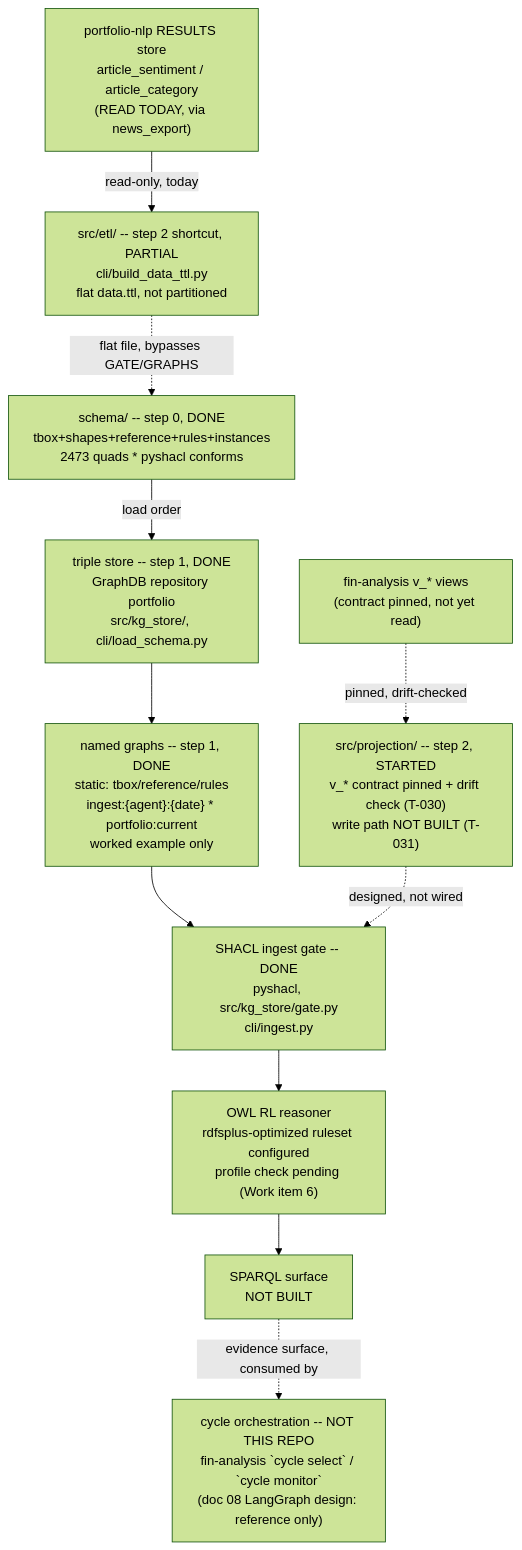
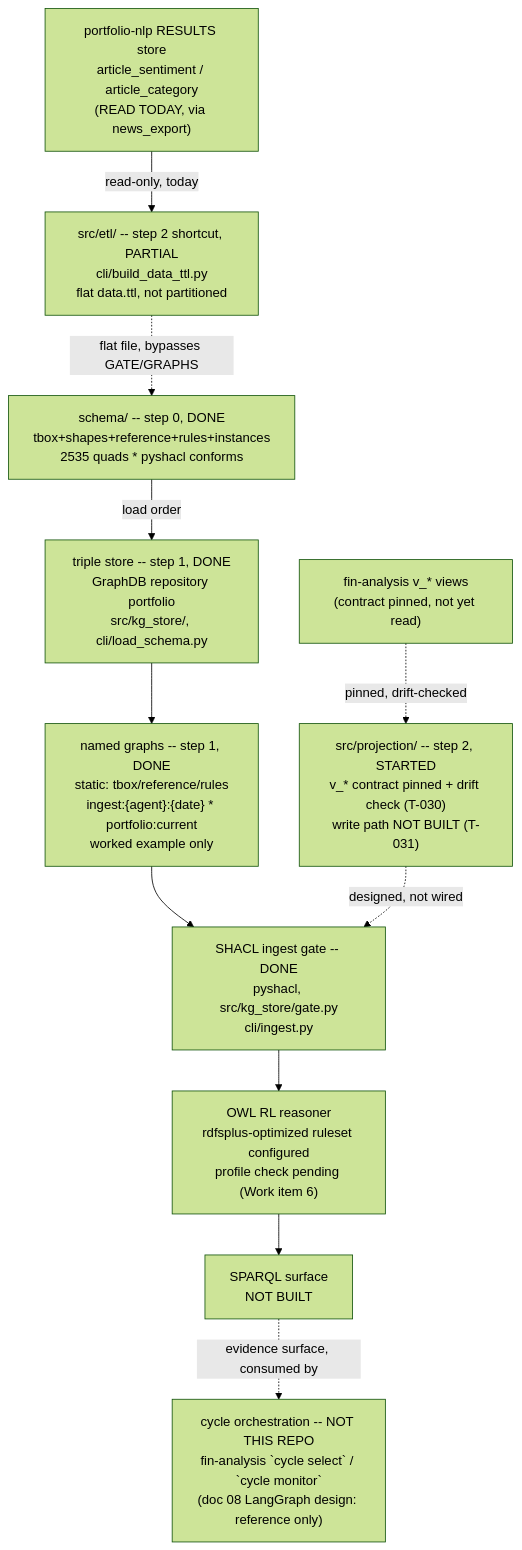
The diagram in .specify/memory/SPEC.md (gamug/portfolio-knowledge-graph), drawn with Mermaid (forest theme) before and after one commit. The commit also changed other lines of this file and 7 other files, not shown here.

First line of the commit message:
feat(schema): model a weight scheme as one upstream cycle_run (T-121)

````diff
--- a/.specify/memory/SPEC.md
+++ b/.specify/memory/SPEC.md
@@ -484,22 +484,22 @@
 ```mermaid
 flowchart TB
-    SCHEMA["schema/ -- step 0, DONE<br/>tbox+shapes+reference+rules+instances<br/>2473 quads * pyshacl conforms"]
+    SCHEMA["schema/ -- step 0, DONE<br/>tbox+shapes+reference+rules+instances<br/>2535 quads * pyshacl conforms"]
     STORE["triple store -- step 1, DONE<br/>GraphDB repository portfolio<br/>src/kg_store/, cli/load_schema.py"]
     GRAPHS["named graphs -- step 1, DONE<br/>static: tbox/reference/rules<br/>ingest:{agent}:{date} * portfolio:current<br/>worked example only"]
     GATE["SHACL ingest gate -- DONE<br/>pyshacl, src/kg_store/gate.py<br/>cli/ingest.py"]
     PROJ["src/projection/ -- step 2, STARTED<br/>v_* contract pinned + drift check (T-030)<br/>write path NOT BUILT (T-031)"]
     FIN["fin-analysis v_* views<br/>(contract pinned, not yet read)"]
     NLPRES["portfolio-nlp RESULTS store<br/>article_sentiment / article_category<br/>(READ TODAY, via news_export)"]
     ETL["src/etl/ -- step 2 shortcut, PARTIAL<br/>cli/build_data_ttl.py<br/>flat data.ttl, not partitioned"]
     REASON["OWL RL reasoner<br/>rdfsplus-optimized ruleset configured<br/>profile check pending (Work item 6)"]
     SPARQL["SPARQL surface<br/>NOT BUILT"]
     AGENTS["cycle orchestration -- NOT THIS REPO<br/>fin-analysis `cycle select` / `cycle monitor`<br/>(doc 08 LangGraph design: reference only)"]
 
     SCHEMA -->|load order| STORE --> GRAPHS --> GATE
     FIN -.->|pinned, drift-checked| PROJ
     PROJ -.->|designed, not wired| GATE
     NLPRES -->|read-only, today| ETL
     ETL -.->|flat file, bypasses GATE/GRAPHS| SCHEMA
     GATE --> REASON --> SPARQL
     SPARQL -.->|evidence surface, consumed by| AGENTS
 ```
````
